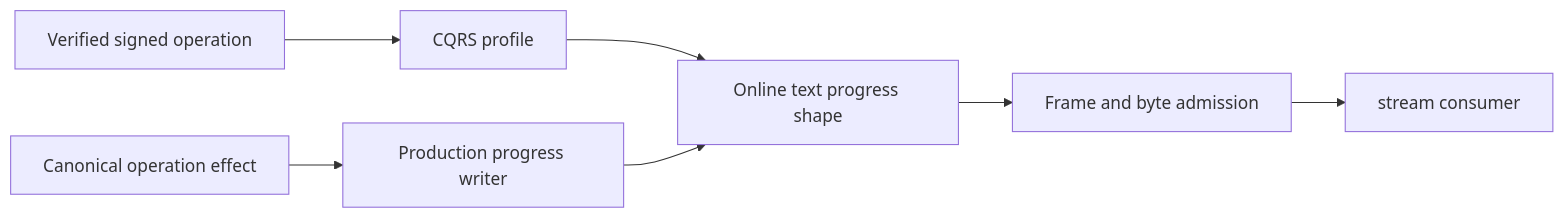
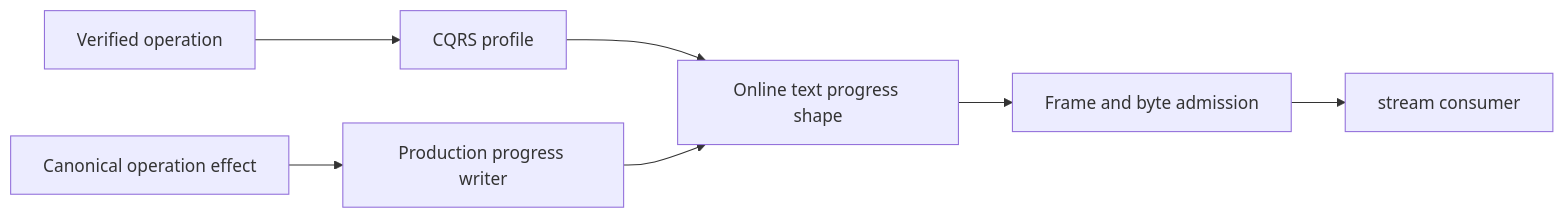
Before and after one commit to managedcode/KeyLoad: the diagram in docs/Features/OrleansExecution/RuntimeOnlineTextProgress.md, drawn with Mermaid. The commit also changed other lines of this file and 174 other files, not shown here.

````diff
--- a/docs/Features/OrleansExecution/RuntimeOnlineTextProgress.md
+++ b/docs/Features/OrleansExecution/RuntimeOnlineTextProgress.md
@@ -20,9 +20,9 @@
 ```mermaid
 flowchart LR
-  Signed[Verified signed operation] --> Profile[CQRS profile]
+  Verified[Verified operation] --> Profile[CQRS profile]
   Profile --> Shape[Online text progress shape]
   Shape --> Bounds[Frame and byte admission]
   Bounds --> Caller[stream consumer]
   Effect[Canonical operation effect] --> Writer[Production progress writer]
   Writer --> Shape
 ```
````
